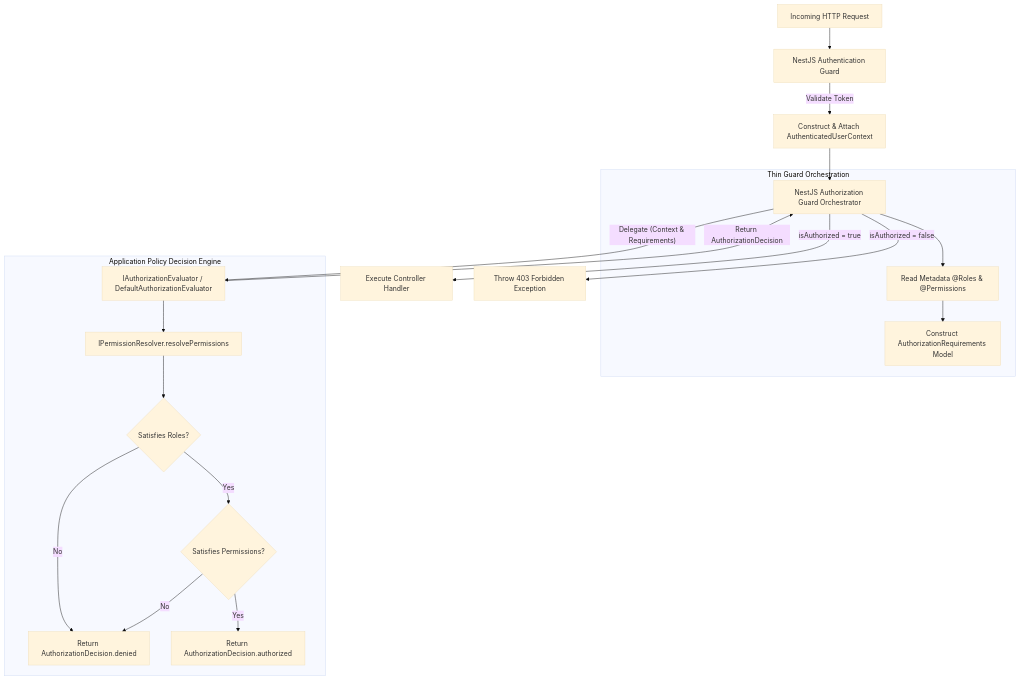
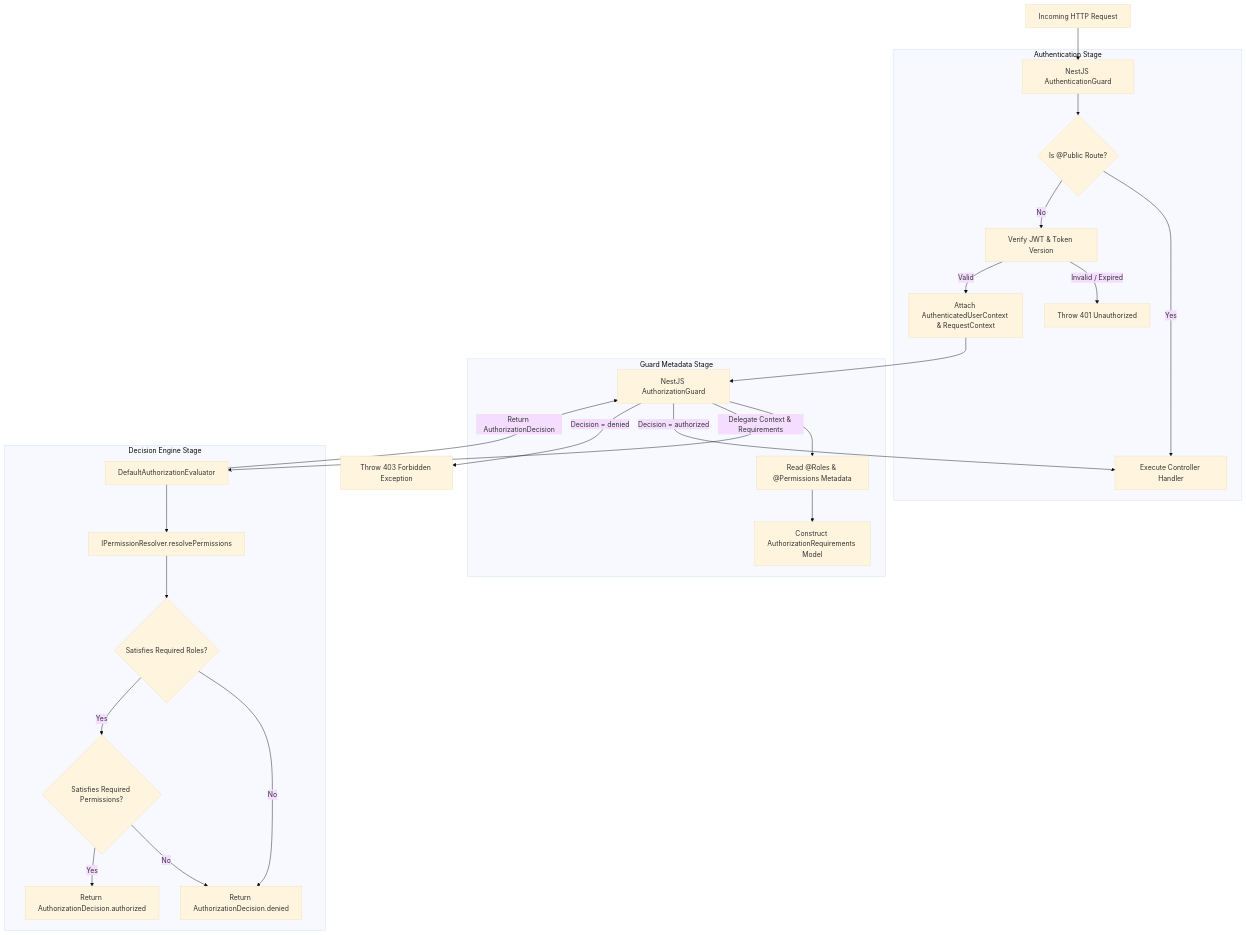
One commit to izzydin/kinergy-platform changed the diagram in docs/security/authorization.md. Above: the diagram before and after it, drawn with Mermaid (base theme). The commit also changed other lines of this file, not shown here.

Commit message:
docs(auth): update authorization documentation

````diff
--- a/docs/security/authorization.md
+++ b/docs/security/authorization.md
@@ -129,26 +19,34 @@
 ```mermaid
 flowchart TD
-    Req[Incoming HTTP Request] --> AuthNGuard[NestJS Authentication Guard]
-    AuthNGuard -- Validate Token --> Context[Construct & Attach AuthenticatedUserContext]
-    Context --> AuthZGuard[NestJS Authorization Guard Orchestrator]
+    Req[Incoming HTTP Request] --> AuthNGuard[NestJS AuthenticationGuard]
 
-    subgraph Thin Guard Orchestration
-        AuthZGuard --> ExtractMeta[Read Metadata @Roles & @Permissions]
+    subgraph Authentication Stage
+        AuthNGuard --> CheckPublic{Is @Public Route?}
+        CheckPublic -- Yes --> Controller[Execute Controller Handler]
+        CheckPublic -- No --> ValidateToken[Verify JWT & Token Version]
+        ValidateToken -- Invalid / Expired --> AuthNError[Throw 401 Unauthorized]
+        ValidateToken -- Valid --> AttachContext[Attach AuthenticatedUserContext & RequestContext]
+    end
+
+    AttachContext --> AuthZGuard[NestJS AuthorizationGuard]
+
+    subgraph Guard Metadata Stage
+        AuthZGuard --> ExtractMeta[Read @Roles & @Permissions Metadata]
         ExtractMeta --> BuildReqs[Construct AuthorizationRequirements Model]
     end
 
-    AuthZGuard -- Delegate (Context & Requirements) --> Evaluator[IAuthorizationEvaluator / DefaultAuthorizationEvaluator]
+    AuthZGuard -- Delegate Context & Requirements --> Evaluator[DefaultAuthorizationEvaluator]
 
-    subgraph Application Policy Decision Engine
+    subgraph Decision Engine Stage
         Evaluator --> ResolvePerms[IPermissionResolver.resolvePermissions]
-        ResolvePerms --> EvalRoles{Satisfies Roles?}
-        EvalRoles -- Yes --> EvalPerms{Satisfies Permissions?}
+        ResolvePerms --> EvalRoles{Satisfies Required Roles?}
         EvalRoles -- No --> DenyDecision[Return AuthorizationDecision.denied]
+        EvalRoles -- Yes --> EvalPerms{Satisfies Required Permissions?}
         EvalPerms -- No --> DenyDecision
         EvalPerms -- Yes --> AllowDecision[Return AuthorizationDecision.authorized]
     end
 
     Evaluator -- Return AuthorizationDecision --> AuthZGuard
-    AuthZGuard -- isAuthorized = true --> Controller[Execute Controller Handler]
-    AuthZGuard -- isAuthorized = false --> Forbidden[Throw 403 Forbidden Exception]
+    AuthZGuard -- Decision = authorized --> Controller
+    AuthZGuard -- Decision = denied --> Forbidden[Throw 403 Forbidden Exception]
 ```
````
